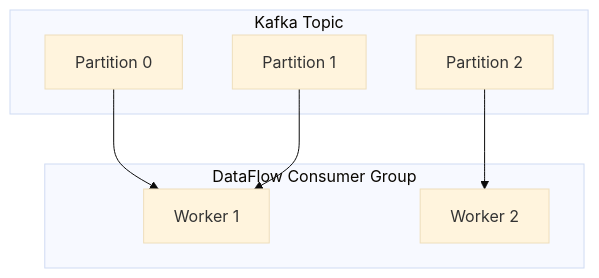
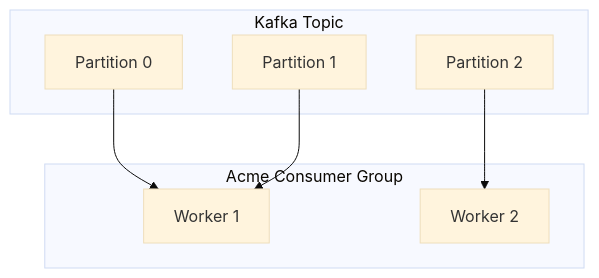
The second of 2 diagrams in guides/real-time-streaming.md (acme-saas/docs), drawn with Mermaid (base theme) before and after one commit. The commit also changed other lines of this file and 32 other files, not shown here.

````diff
--- a/guides/real-time-streaming.md
+++ b/guides/real-time-streaming.md
@@ -119,17 +120,17 @@
 ```mermaid
 graph TB
     subgraph Kafka Topic
         P0[Partition 0]
         P1[Partition 1]
         P2[Partition 2]
     end
 
-    subgraph DataFlow Consumer Group
+    subgraph Acme Consumer Group
         C1[Worker 1]
         C2[Worker 2]
     end
 
     P0 --> C1
     P1 --> C1
     P2 --> C2
 ```
````
